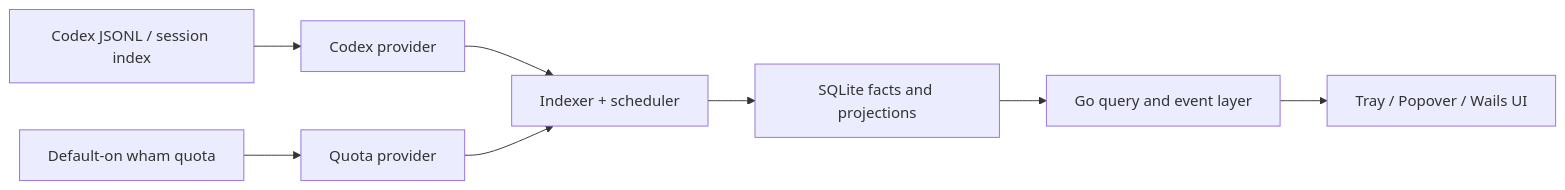
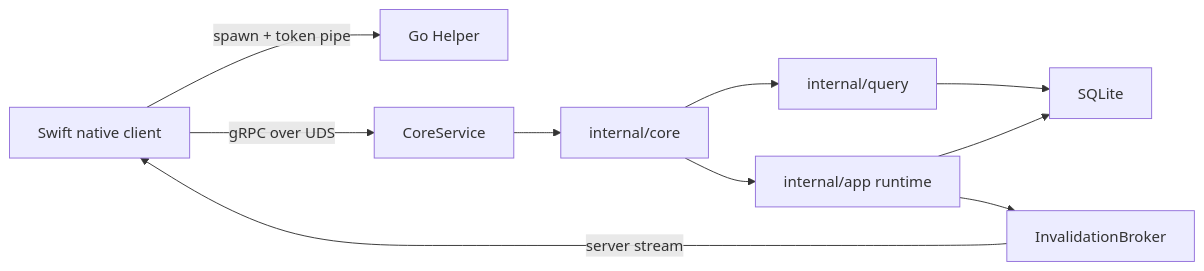
Before and after one commit to SisyphusSQ/codex-pulse: the diagram in docs/design/details/architecture/README.md, drawn with Mermaid. The commit also changed other lines of this file and 323 other files, not shown here.

First line of the commit message:
feat: 迁移 Go Helper RPC 边界

````diff
--- a/docs/design/details/architecture/README.md
+++ b/docs/design/details/architecture/README.md
@@ -7,10 +7,12 @@
 ```mermaid
 flowchart LR
-    A["Codex JSONL / session index"] --> B["Codex provider"]
-    C["Default-on wham quota"] --> D["Quota provider"]
-    B --> E["Indexer + scheduler"]
-    D --> E
-    E --> F["SQLite facts and projections"]
-    F --> G["Go query and event layer"]
-    G --> H["Tray / Popover / Wails UI"]
+    Swift["Swift native client"] -->|"spawn + token pipe"| Helper["Go Helper"]
+    Swift -->|"gRPC over UDS"| RPC["CoreService"]
+    RPC --> Core["internal/core"]
+    Core --> Query["internal/query"]
+    Core --> Runtime["internal/app runtime"]
+    Query --> Store["SQLite"]
+    Runtime --> Store
+    Runtime --> Broker["InvalidationBroker"]
+    Broker -->|"server stream"| Swift
 ```
````
